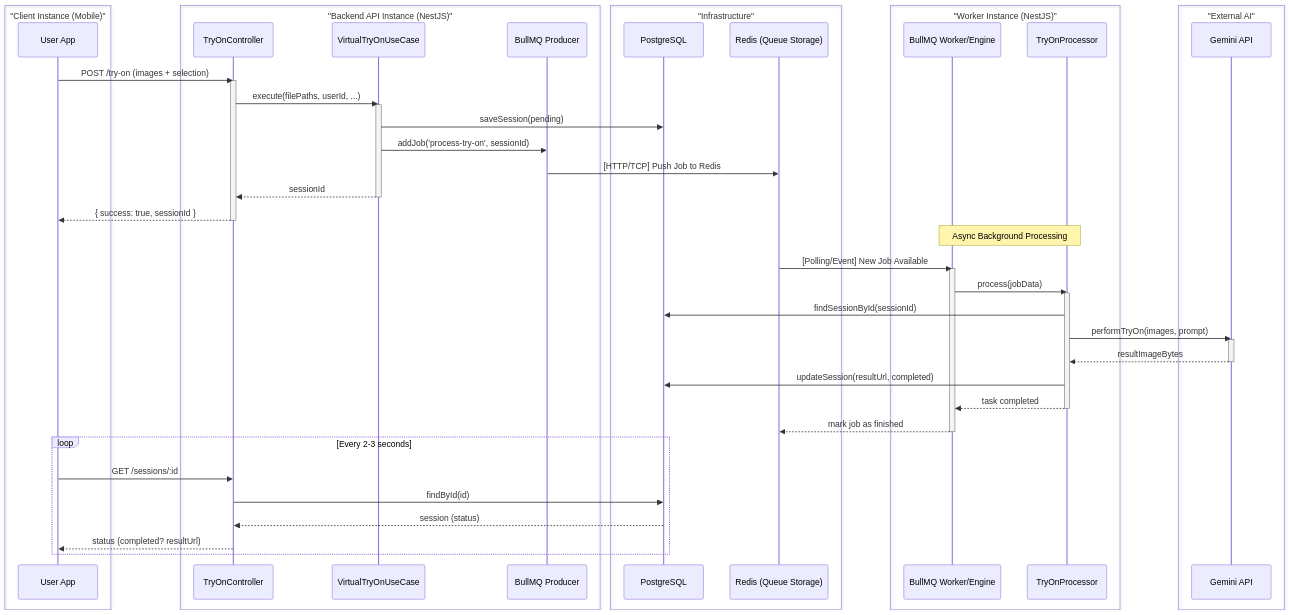
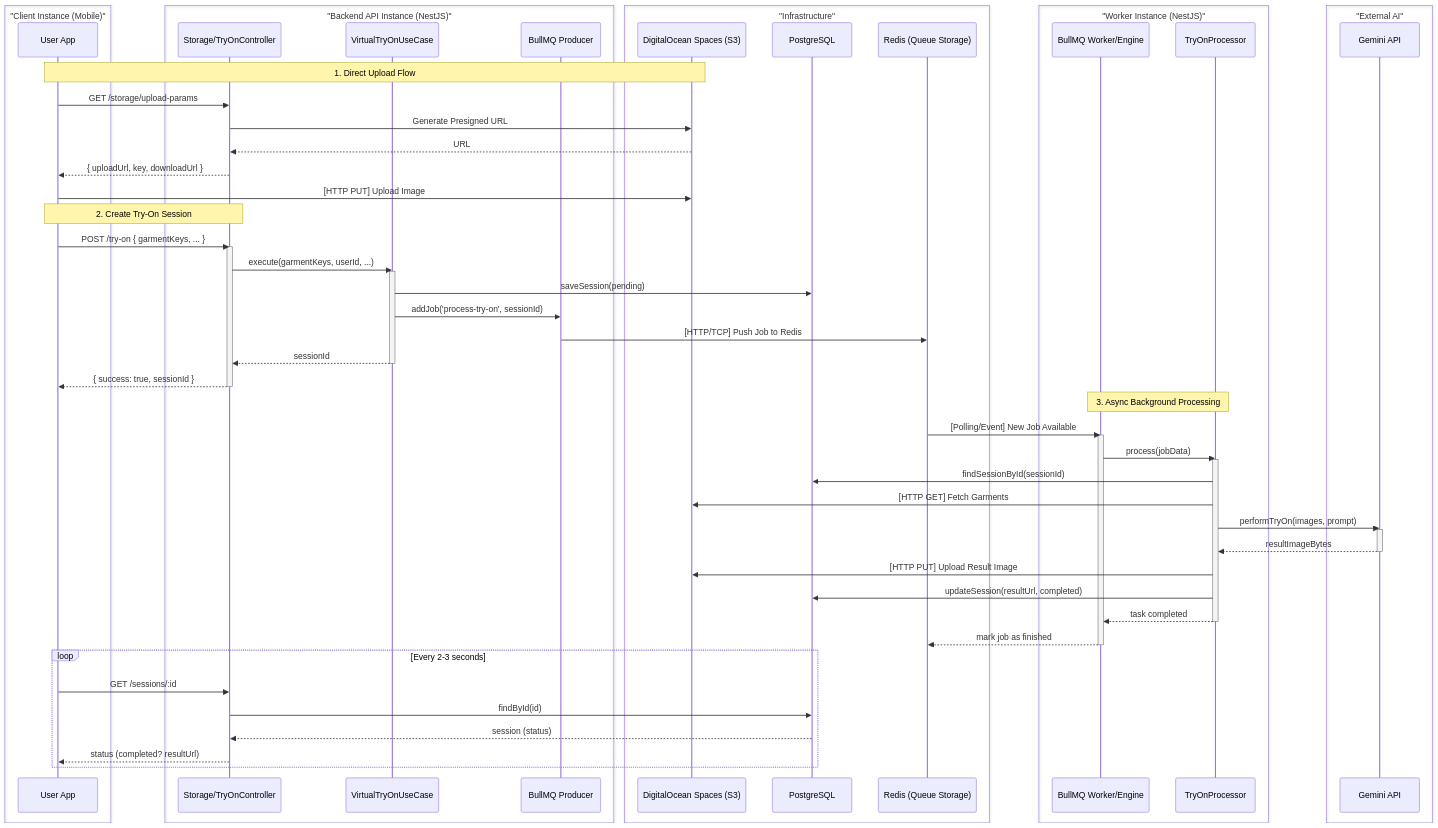
Before and after one commit to arturovictoriar/lasprendas: the second of 2 diagrams in infrastructure.md, drawn with Mermaid. The commit also changed other lines of this file and 29 other files, not shown here.

Commit message:
feat: migrate image storage to DigitalOcean Spaces (S3) and implement direct upload flow

````diff
--- a/infrastructure.md
+++ b/infrastructure.md
@@ -73,57 +74,68 @@
 ```mermaid
 sequenceDiagram
     box "Client Instance (Mobile)" #2a2a2a
         participant User as User App
     end
     box "Backend API Instance (NestJS)" #2a2a2a
-        participant API as TryOnController
+        participant API as Storage/TryOnController
         participant UC as VirtualTryOnUseCase
         participant BQP as BullMQ Producer
     end
     box "Infrastructure" #1e1e1e
+        participant S3 as DigitalOcean Spaces (S3)
         participant DB as PostgreSQL
         participant Q as Redis (Queue Storage)
     end
     box "Worker Instance (NestJS)" #2a2a2a
         participant BQW as BullMQ Worker/Engine
         participant Proc as TryOnProcessor
     end
     box "External AI" #1e1e1e
         participant AI as Gemini API
     end
 
-    User->>API: POST /try-on (images + selection)
+    Note over User, S3: 1. Direct Upload Flow
+    User->>API: GET /storage/upload-params
+    API->>S3: Generate Presigned URL
+    S3-->>API: URL
+    API-->>User: { uploadUrl, key, downloadUrl }
+    User->>S3: [HTTP PUT] Upload Image
+    
+    Note over User, API: 2. Create Try-On Session
+    User->>API: POST /try-on { garmentKeys, ... }
     activate API
-    API->>UC: execute(filePaths, userId, ...)
+    API->>UC: execute(garmentKeys, userId, ...)
     activate UC
     UC->>DB: saveSession(pending)
     UC->>BQP: addJob('process-try-on', sessionId)
     BQP->>Q: [HTTP/TCP] Push Job to Redis
     UC-->>API: sessionId
     deactivate UC
     API-->>User: { success: true, sessionId }
     deactivate API
 
-    Note over BQW,Proc: Async Background Processing
+    Note over BQW,Proc: 3. Async Background Processing
     Q->>BQW: [Polling/Event] New Job Available
     activate BQW
     BQW->>Proc: process(jobData)
     activate Proc
     Proc->>DB: findSessionById(sessionId)
+    Proc->>S3: [HTTP GET] Fetch Garments
     Proc->>AI: performTryOn(images, prompt)
     activate AI
     AI-->>Proc: resultImageBytes
     deactivate AI
+    Proc->>S3: [HTTP PUT] Upload Result Image
     Proc->>DB: updateSession(resultUrl, completed)
     Proc-->>BQW: task completed
     deactivate Proc
     BQW-->>Q: mark job as finished
     deactivate BQW
 
     loop Every 2-3 seconds
         User->>API: GET /sessions/:id
         API->>DB: findById(id)
         DB-->>API: session (status)
         API-->>User: status (completed? resultUrl)
     end
 ```
````
